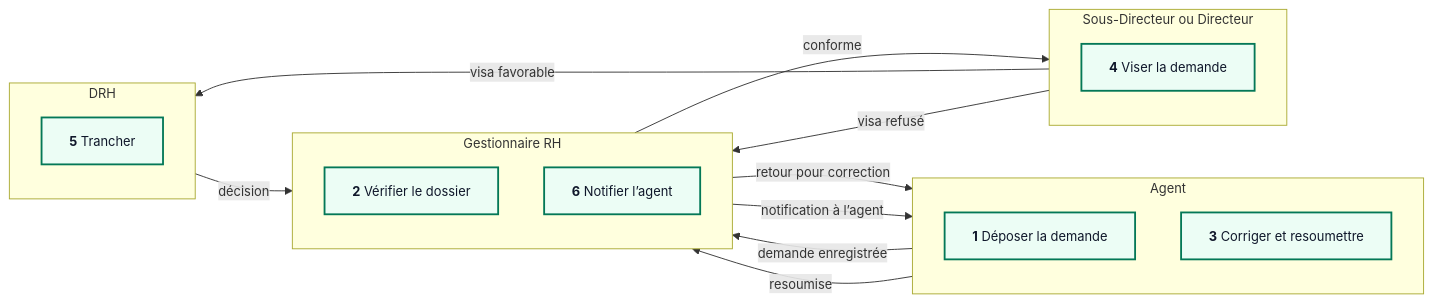
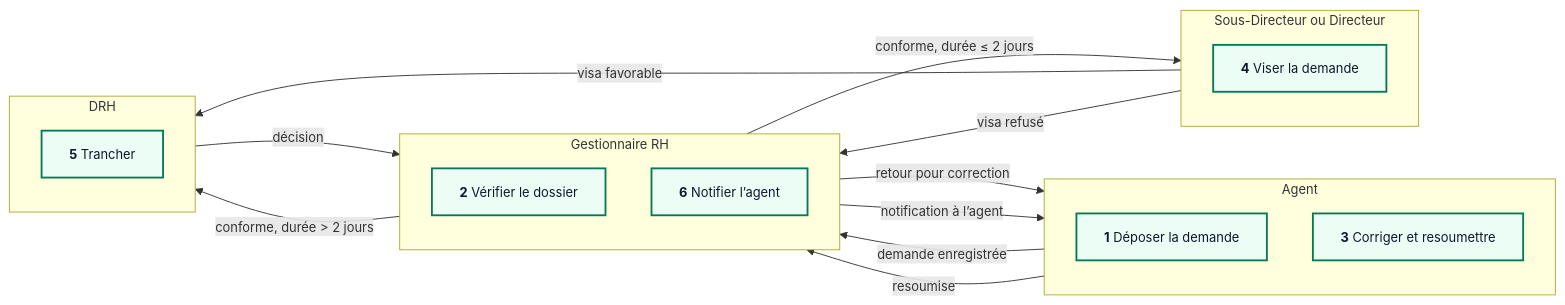
Diagram 11 of 13 in docs/MERISE.md (MOMOBHY/APPLARAVEL), drawn with Mermaid before and after one commit. The commit also changed other lines of this file and 2 other files, not shown here.

````diff
--- a/docs/MERISE.md
+++ b/docs/MERISE.md
@@ -532,32 +378,33 @@
 ```mermaid
 %%{init: {'flowchart': {'htmlLabels': true, 'curve': 'basis'}, 'themeVariables': {'fontSize': '14px'}}}%%
 flowchart LR
   classDef op fill:#ecfdf5,stroke:#047857,stroke-width:2px,color:#0f172a
   classDef ko fill:#fef2f2,stroke:#d03b3b,stroke-width:2px,color:#0f172a
   subgraph L1["Agent"]
     direction TB
     a1["<b>1</b> Déposer la demande"]:::op
     a2["<b>3</b> Corriger et resoumettre"]:::op
   end
   subgraph L2["Gestionnaire RH"]
     direction TB
     r1["<b>2</b> Vérifier le dossier"]:::op
     r6["<b>6</b> Notifier l’agent"]:::op
   end
   subgraph L3["Sous-Directeur ou Directeur"]
     direction TB
     v1["<b>4</b> Viser la demande"]:::op
   end
   subgraph L4["DRH"]
     direction TB
     d1["<b>5</b> Trancher"]:::op
   end
   a1 -->|"demande enregistrée"| r1
   r1 -->|"retour pour correction"| a2
   a2 -->|"resoumise"| r1
-  r1 -->|"conforme"| v1
+  r1 -->|"conforme, durée ≤ 2 jours"| v1
+  r1 -->|"conforme, durée &gt; 2 jours"| d1
   v1 -->|"visa favorable"| d1
   v1 -->|"visa refusé"| r6
   d1 -->|"décision"| r6
   r6 -->|"notification à l’agent"| a1
 ```
````
